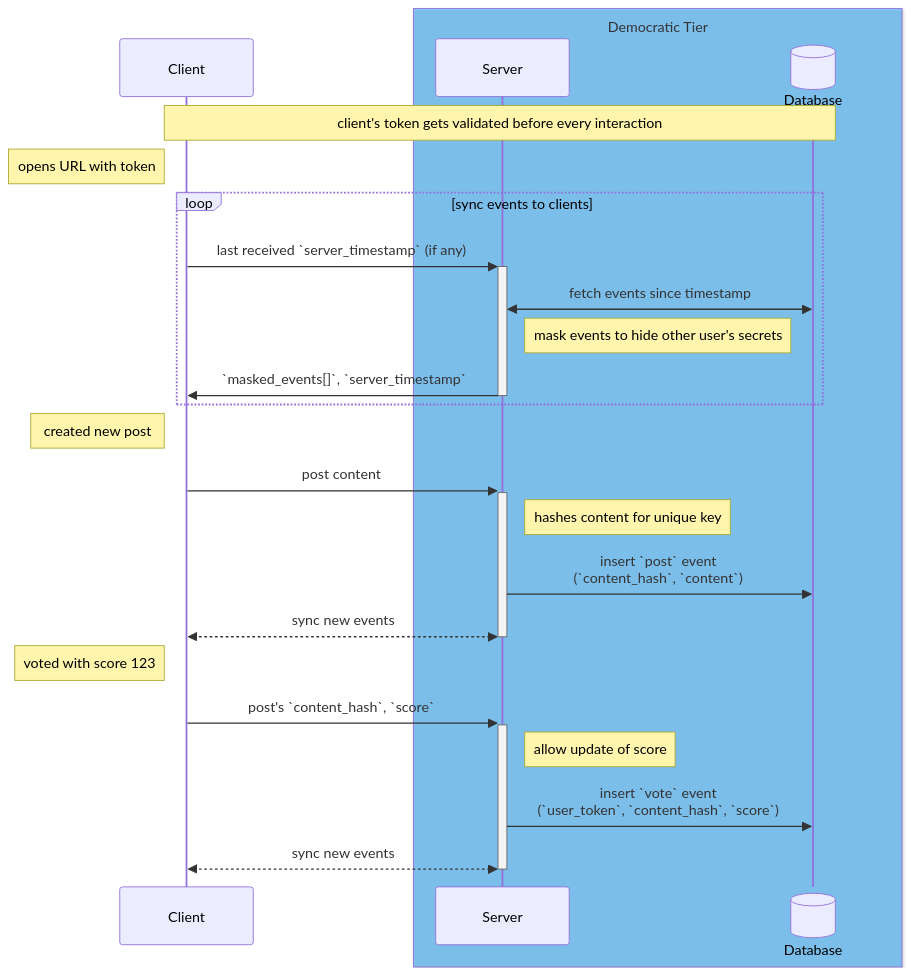
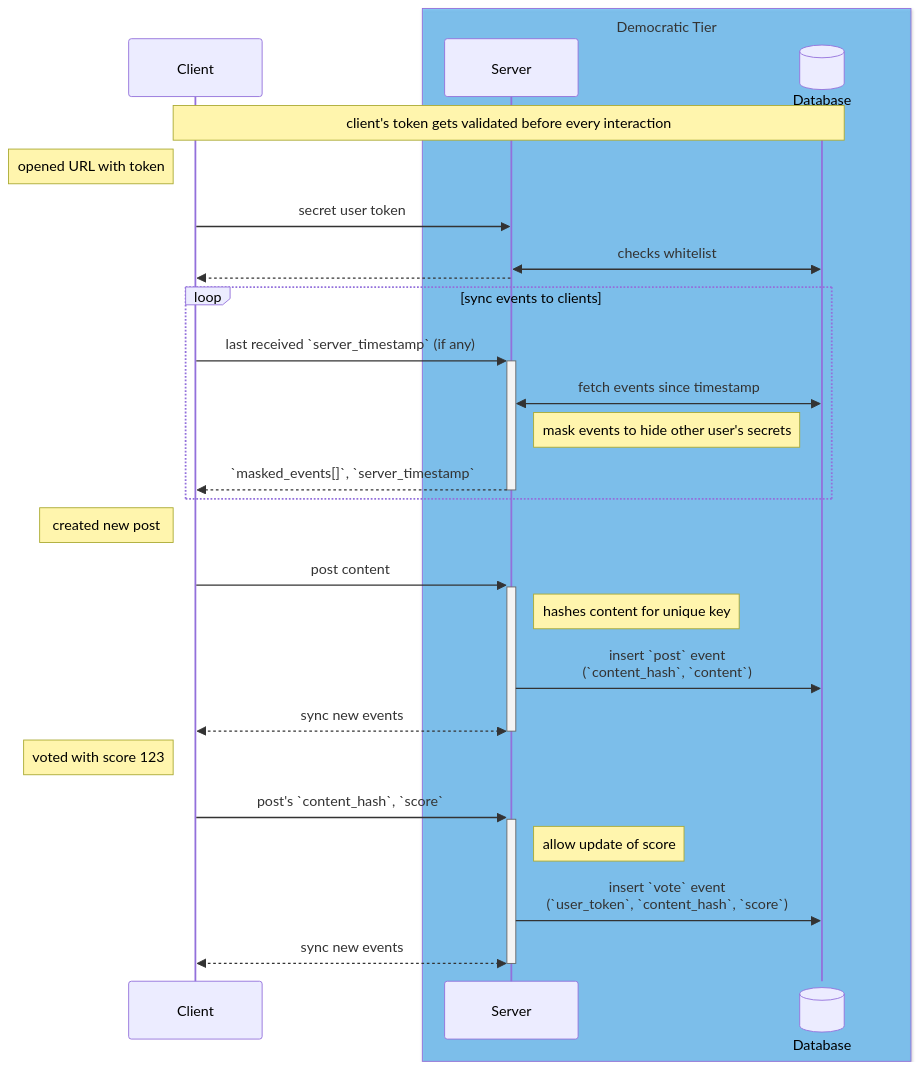
Before and after one commit to krinistof/dt: the first of 2 diagrams in docs/architecture.md, drawn with Mermaid. The commit also changed 1 other file, not shown here.

Commit message:
docs(arch): refine charts, fix typos

````diff
--- a/docs/architecture.md
+++ b/docs/architecture.md
@@ -3,35 +3,39 @@
 ```mermaid
 sequenceDiagram
     participant Client
     box rgba(31, 161, 250, .5) Democratic Tier
         participant Server
         participant Database@{type: "database"}
     end
 
 
     Note over Client,Database: client's token gets validated before every interaction
-    Note left of Client: opens URL with token
-    
+    Note left of Client: opened URL with token
+    Client->>Server: secret user token
+    Server<<->>Database: checks whitelist
+    Server-->>Client: 
+
     loop sync events to clients
         Client->>+Server: last received `server_timestamp` (if any)
         Server<<->>Database: fetch events since timestamp
         Note right of Server: mask events to hide other user's secrets
-        Server->>-Client: `masked_events[]`, `server_timestamp`
+        Server-->>-Client: `masked_events[]`, `server_timestamp`
     end
 
 
     Note left of Client: created new post
 
     Client->>+Server: post content
     Note right of Server: hashes content for unique key
     Server->>Database: insert `post` event<br>(`content_hash`, `content`)
     Server<<-->>-Client: sync new events
 
 
     Note left of Client: voted with score 123
     
     Client->>+Server: post's `content_hash`, `score`
     Note right of Server: allow update of score
     Server->>Database: insert `vote` event<br>(`user_token`, `content_hash`, `score`)
     Server<<-->>-Client: sync new events
+
 ```
````
